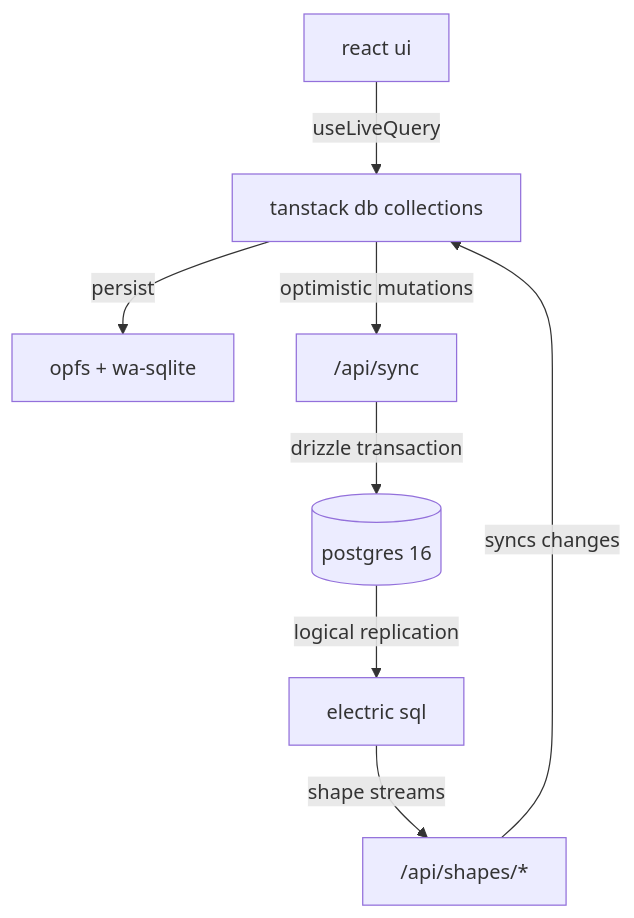
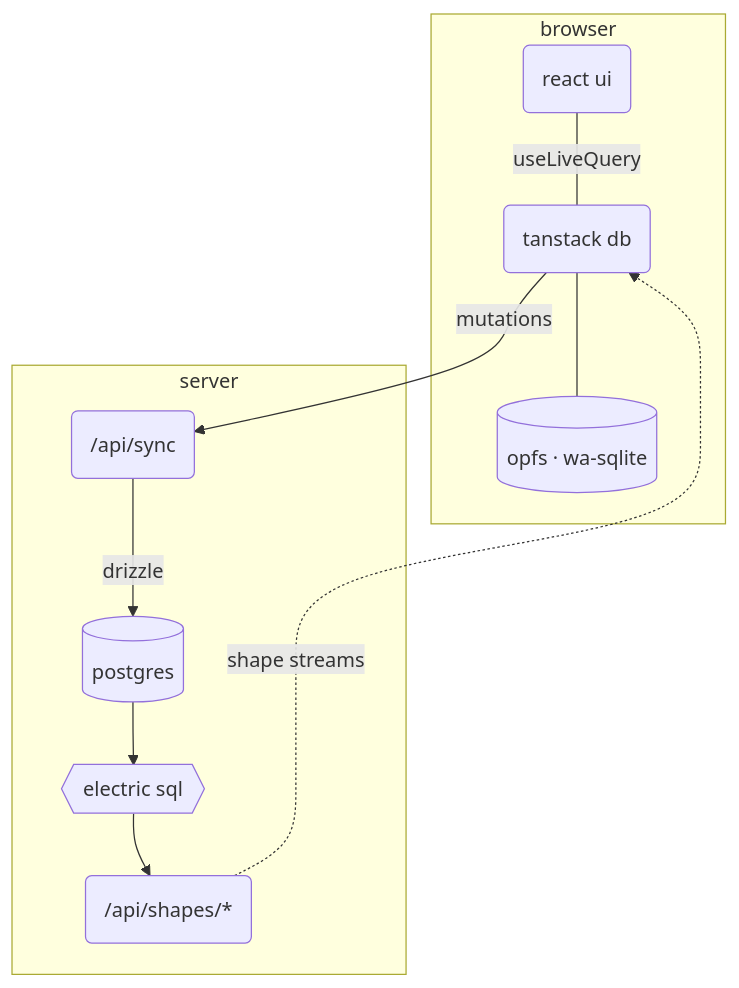
Before and after one commit to luisstd/habits: the diagram in README.md, drawn with Mermaid. The commit also changed other lines of this file, not shown here.

````diff
--- a/README.md
+++ b/README.md
@@ -58,10 +58,17 @@
 ```mermaid
-graph TD
-    UI[react ui] -->|useLiveQuery| TDB[tanstack db collections]
-    TDB -->|persist| OPFS[opfs + wa-sqlite]
-    TDB -->|optimistic mutations| API["/api/sync"]
-    API -->|drizzle transaction| PG[(postgres 16)]
-    PG -->|logical replication| EL[electric sql]
-    EL -->|shape streams| PROXY["/api/shapes/*"]
-    PROXY -->|syncs changes| TDB
+flowchart TB
+    subgraph browser
+        ui(react ui) ---|useLiveQuery| db(tanstack db)
+        db --- cache[(opfs · wa-sqlite)]
+    end
+
+    db -- mutations --> sync
+
+    subgraph server
+        sync("/api/sync") -->|drizzle| pg[(postgres)]
+        pg --> electric{{electric sql}}
+        electric --> shapes("/api/shapes/*")
+    end
+
+    shapes -. shape streams .-> db
 ```
````
